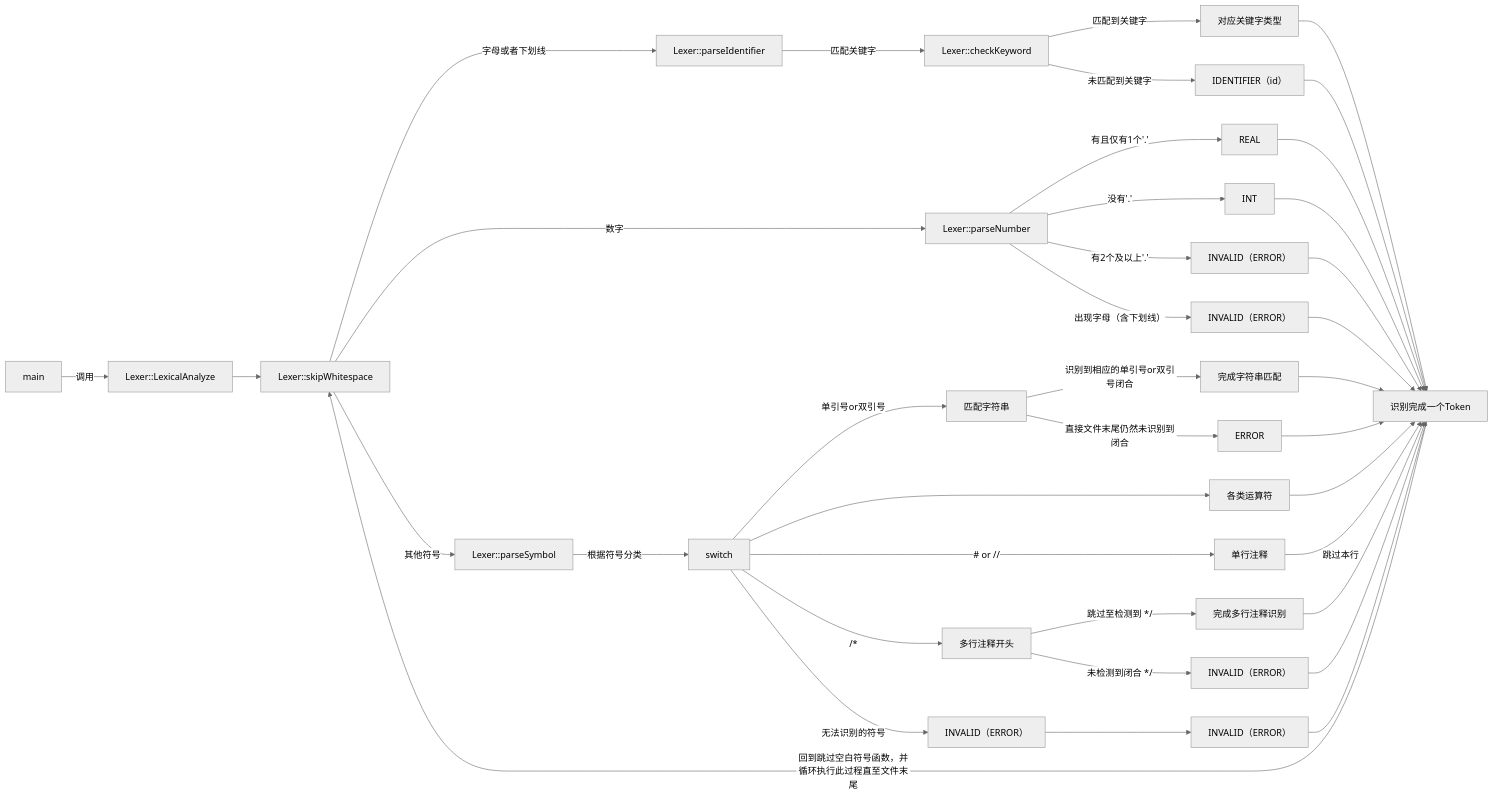
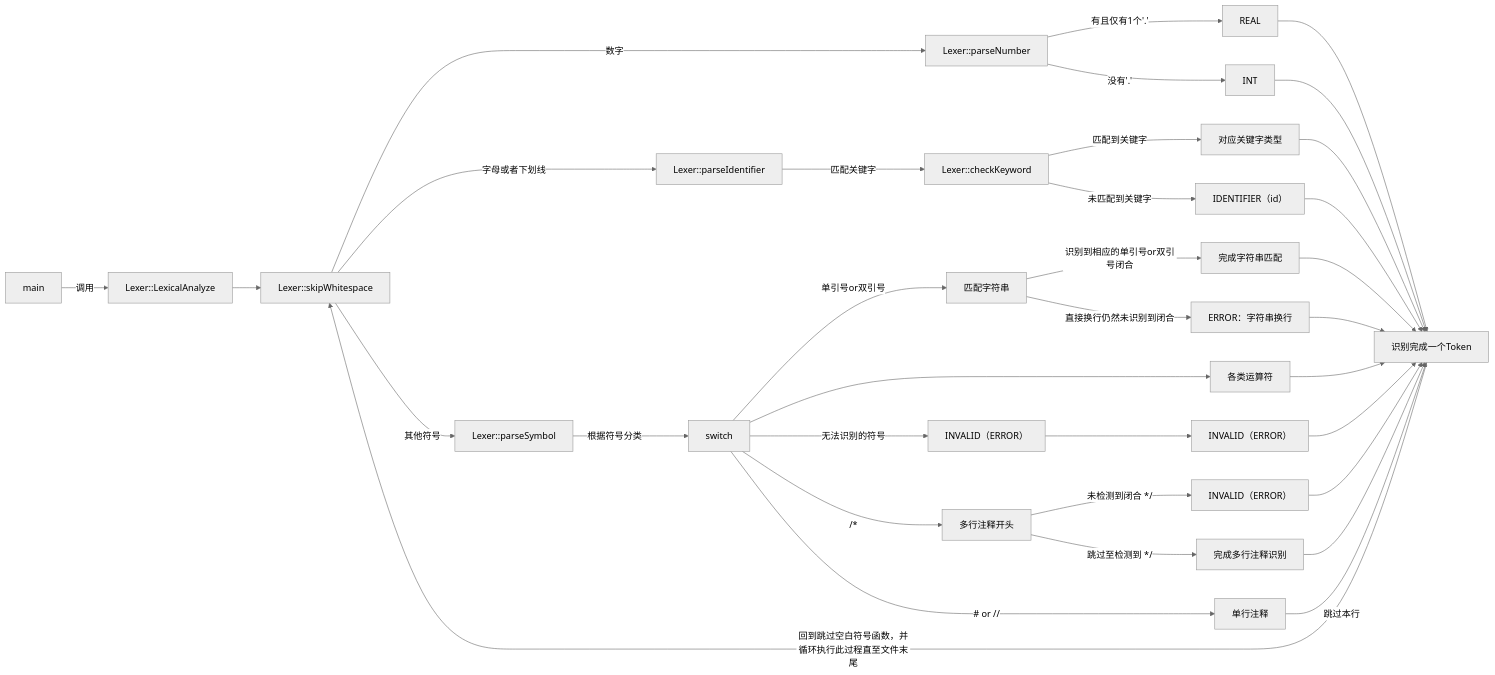
One commit to ice-bubble/LiteCompiler changed the diagram in LiteCompiler_C++/README.md. Above: the diagram before and after it, drawn with Mermaid (neutral theme). The commit also changed other lines of this file, not shown here.

````diff
--- a/LiteCompiler_C++/README.md
+++ b/LiteCompiler_C++/README.md
@@ -162,40 +162,36 @@
 ```mermaid
 graph LR
 	A[main] --> |调用| B[Lexer::LexicalAnalyze]
     B --> C[Lexer::skipWhitespace]
     C -->|字母或者下划线| D[Lexer::parseIdentifier]
     C -->|数字| E[Lexer::parseNumber]
     C -->|其他符号| G[Lexer::parseSymbol]
     E --> |有且仅有1个'.'|H[REAL]
     E --> |没有'.'|M[INT]
-    E --> |有2个及以上'.'|N[INVALID（ERROR）]
     H --> F[识别完成一个Token]
     M --> F[识别完成一个Token]
-    N --> F[识别完成一个Token]
     D --> |匹配关键字| J[Lexer::checkKeyword]
     J --> |匹配到关键字| K[对应关键字类型]
     J --> |未匹配到关键字| L[IDENTIFIER（id）]
     K --> F[识别完成一个Token]
     L --> F[识别完成一个Token]
     G --> |根据符号分类| O[switch]
     O --> |单引号or双引号|X[匹配字符串]
     X --> |识别到相应的单引号or双引号闭合|Y[完成字符串匹配]
-    X --> |直接文件末尾仍然未识别到闭合|Z[ERROR]
+    X --> |直接换行仍然未识别到闭合|Z[ERROR：字符串换行]
     Y --> F
     Z --> F
     O --> P[各类运算符]
     P --> F
     O --> |# or //| Q[单行注释]
     O --> |/*| R[多行注释开头]
     R --> |跳过至检测到 */| S[完成多行注释识别]
     R --> |未检测到闭合 */| T[INVALID（ERROR）]
     O --> |无法识别的符号| U[INVALID（ERROR）]
     U --> V[INVALID（ERROR）]
-    E --> |出现字母（含下划线）| W[INVALID（ERROR）]
-    W --> F
     V --> F
     T --> F
     S --> F
     Q --> |跳过本行| F
     F --> |回到跳过空白符号函数，并循环执行此过程直至文件末尾| C
 ```
````
